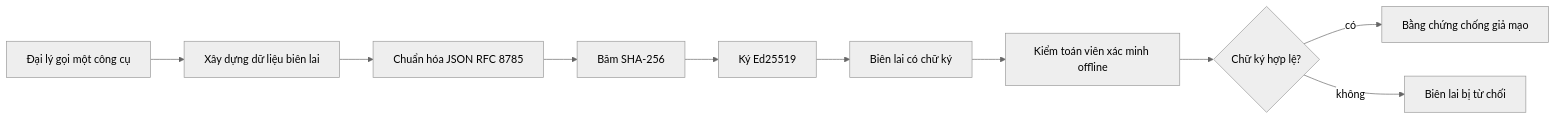
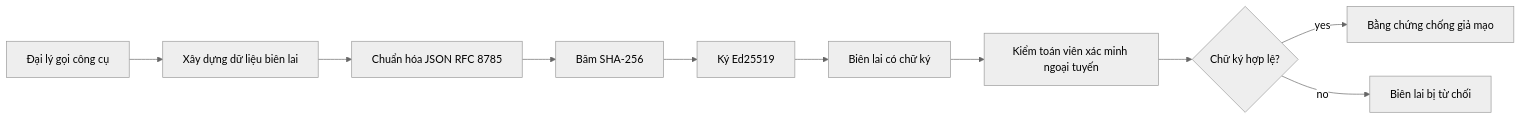
One commit to microsoft/ai-agents-for-beginners changed the first of 2 diagrams in translations/vi/18-securing-ai-agents/README.md. Above: the diagram before and after it, drawn with Mermaid (neutral theme). The commit also changed other lines of this file and 222 other files, not shown here.

````diff
--- a/translations/vi/18-securing-ai-agents/README.md
+++ b/translations/vi/18-securing-ai-agents/README.md
@@ -51,12 +51,12 @@
 ```mermaid
 flowchart LR
-    A[Đại lý gọi một công cụ] --> B[Xây dựng dữ liệu biên lai]
+    A[Đại lý gọi công cụ] --> B[Xây dựng dữ liệu biên lai]
     B --> C[Chuẩn hóa JSON RFC 8785]
     C --> D[Băm SHA-256]
     D --> E[Ký Ed25519]
     E --> F[Biên lai có chữ ký]
-    F --> G[Kiểm toán viên xác minh offline]
+    F --> G[Kiểm toán viên xác minh ngoại tuyến]
     G --> H{Chữ ký hợp lệ?}
-    H -- có --> I[Bằng chứng chống giả mạo]
-    H -- không --> J[Biên lai bị từ chối]
+    H -- yes --> I[Bằng chứng chống giả mạo]
+    H -- no --> J[Biên lai bị từ chối]
 ```
````
